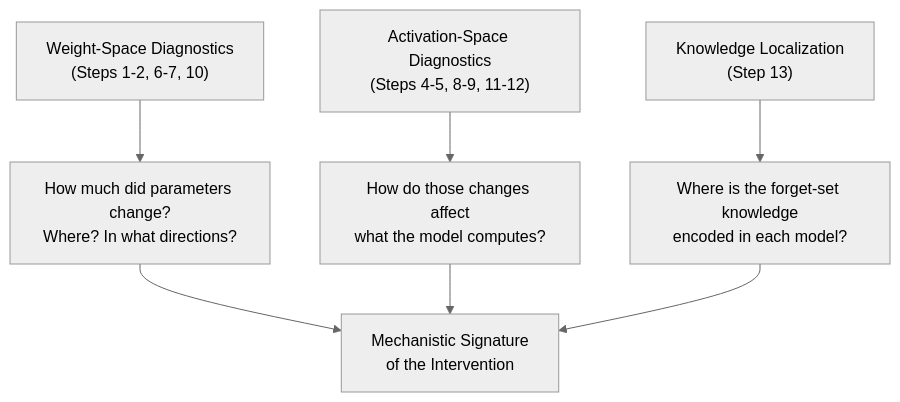
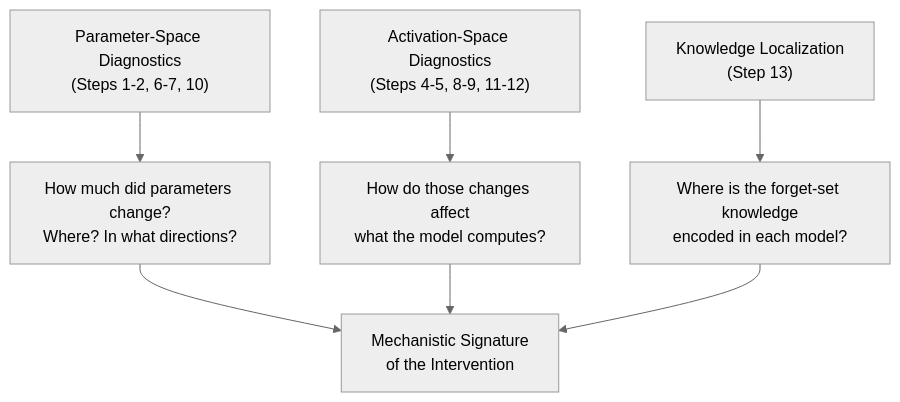
The diagram in README.md (jammastergirish/CambridgeERA), drawn with Mermaid (neutral theme) before and after one commit. The commit also changed other lines of this file, not shown here.

Commit message:
Weight->Param

````diff
--- a/README.md
+++ b/README.md
@@ -66,9 +64,9 @@
 ```mermaid
 graph TD
-    A["Weight-Space Diagnostics<br/>(Steps 1-2, 6-7, 10)"] --> C["How much did parameters change?<br/>Where? In what directions?"]
+    A["Parameter-Space Diagnostics<br/>(Steps 1-2, 6-7, 10)"] --> C["How much did parameters change?<br/>Where? In what directions?"]
     B["Activation-Space Diagnostics<br/>(Steps 4-5, 8-9, 11-12)"] --> D["How do those changes affect<br/>what the model computes?"]
     F["Knowledge Localization<br/>(Step 13)"] --> G["Where is the forget-set knowledge<br/>encoded in each model?"]
     C --> E["Mechanistic Signature<br/>of the Intervention"]
     D --> E
     G --> E
 ```
````
